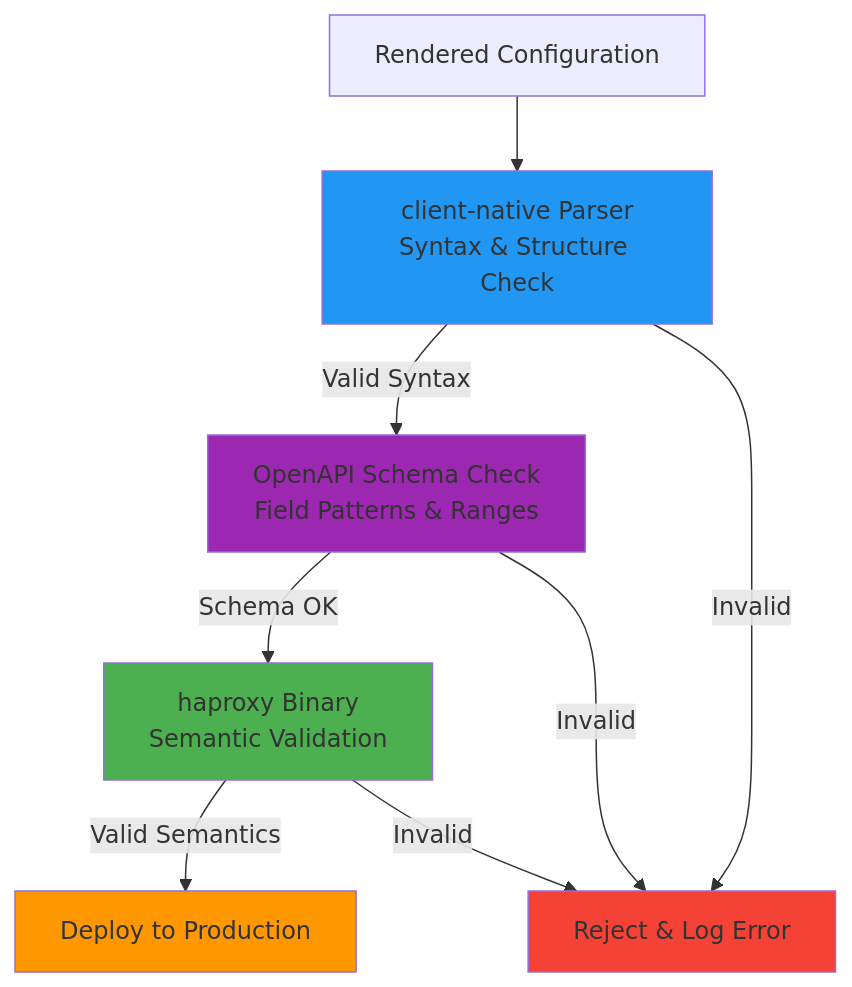
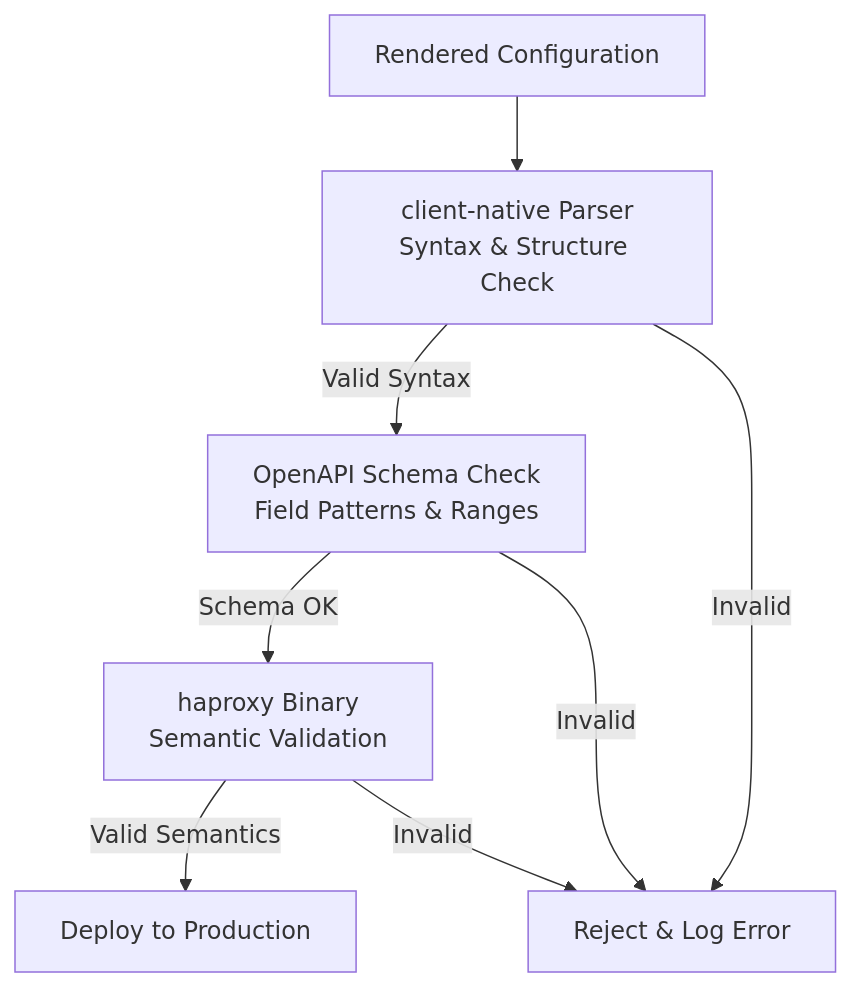
Before and after one commit to HAProxy-Template-IC/haproxy-template-ingress-controller: the third of 3 diagrams in docs/site/docs/development/design/architecture-overview.md, drawn with Mermaid. The commit also changed other lines of this file and 6 other files, not shown here.

Commit message:
docs: page-polish pass — theme-native mermaid, table code wrapping, validation-claim sweep, broken-diagram repair

````diff
--- a/docs/site/docs/development/design/architecture-overview.md
+++ b/docs/site/docs/development/design/architecture-overview.md
@@ -175,23 +164,18 @@
 ```mermaid
 graph TD
     RENDER[Rendered Configuration]
     PARSE[client-native Parser<br/>Syntax & Structure Check]
     SCHEMA[OpenAPI Schema Check<br/>Field Patterns & Ranges]
     BIN[haproxy Binary<br/>Semantic Validation]
     DEPLOY[Deploy to Production]
     ERROR[Reject & Log Error]
 
     RENDER --> PARSE
     PARSE -->|Valid Syntax| SCHEMA
     PARSE -->|Invalid| ERROR
     SCHEMA -->|Schema OK| BIN
     SCHEMA -->|Invalid| ERROR
     BIN -->|Valid Semantics| DEPLOY
     BIN -->|Invalid| ERROR
 
-    style PARSE fill:#2196F3
-    style SCHEMA fill:#9C27B0
-    style BIN fill:#4CAF50
-    style DEPLOY fill:#FF9800
-    style ERROR fill:#F44336
 ```
````
